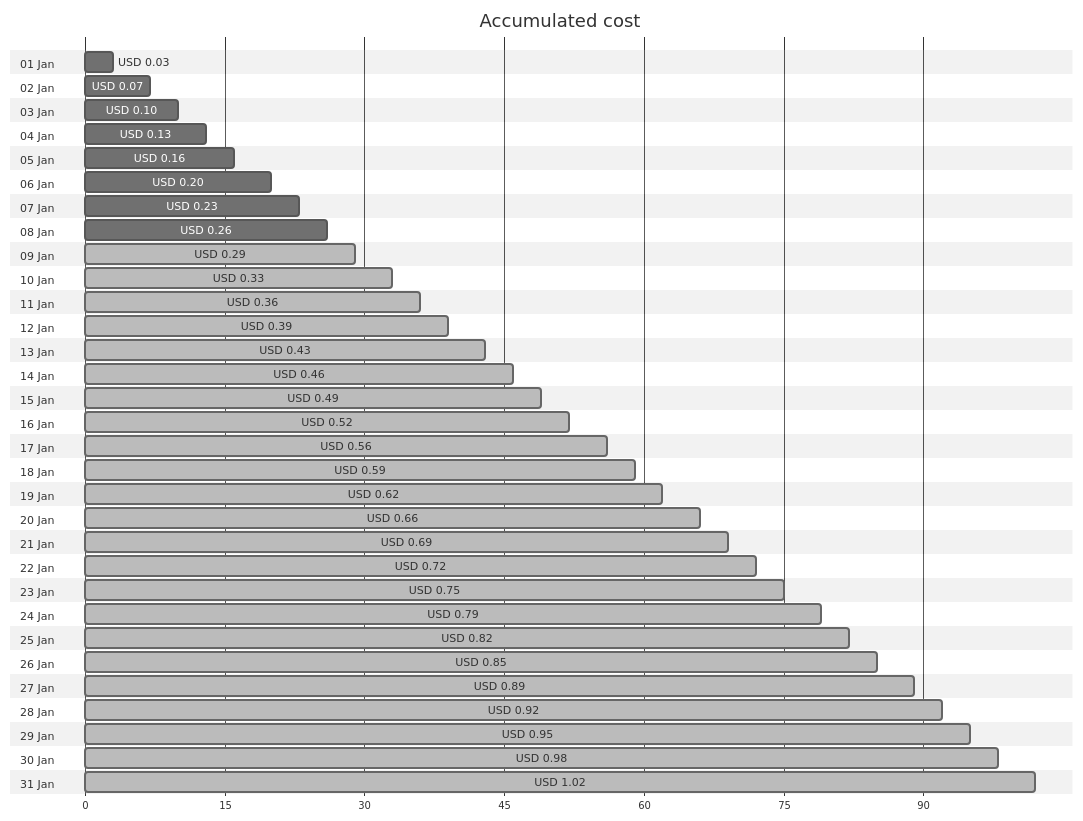
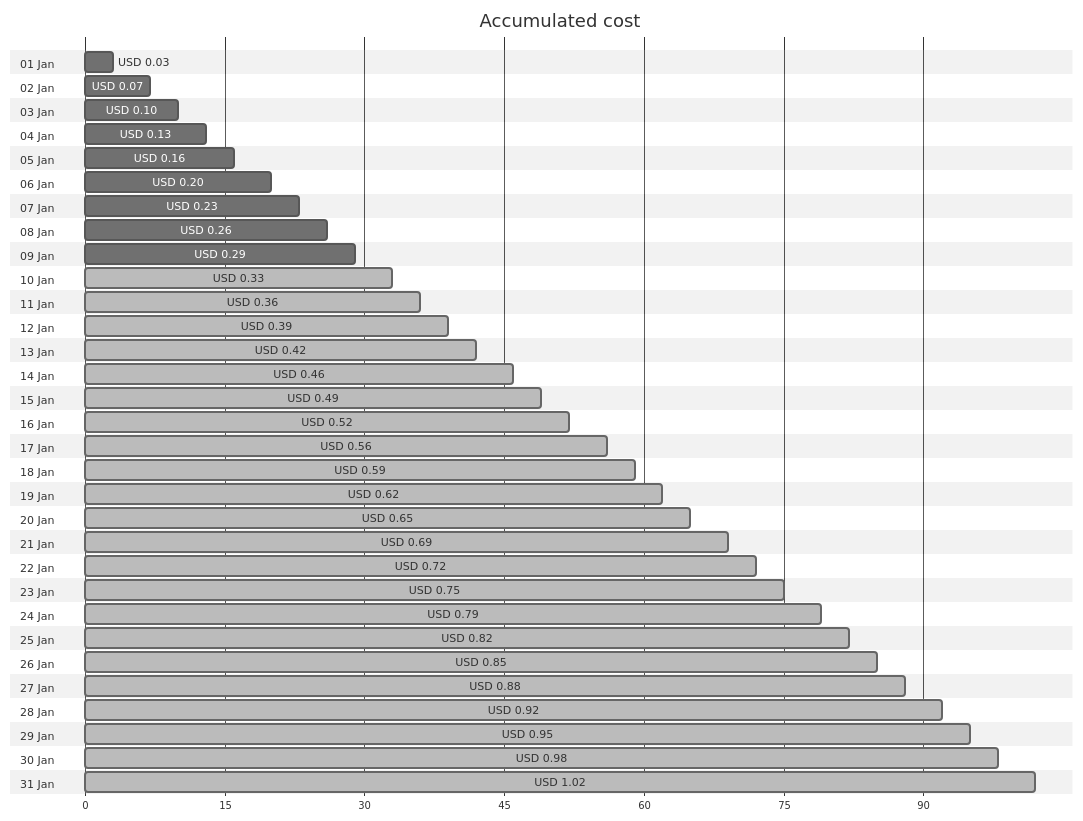
One commit to jpfulton/azure-personal-reports changed the first of 4 diagrams in cost-reports/personal-dns/README.md. Above: the diagram before and after it, drawn with Mermaid (neutral theme). The commit also changed other lines of this file and 2 other files, not shown here.

````diff
--- a/cost-reports/personal-dns/README.md
+++ b/cost-reports/personal-dns/README.md
@@ -20,68 +20,68 @@
 ```mermaid
 gantt
    title Accumulated cost
    dateFormat  X
    axisFormat %s
    section 01 Jan
    USD 0.03 :0, 3
    section 02 Jan
    USD 0.07 :0, 7
    section 03 Jan
    USD 0.10 :0, 10
    section 04 Jan
    USD 0.13 :0, 13
    section 05 Jan
    USD 0.16 :0, 16
    section 06 Jan
    USD 0.20 :0, 20
    section 07 Jan
    USD 0.23 :0, 23
    section 08 Jan
    USD 0.26 :0, 26
    section 09 Jan
-   USD 0.29 : done, 0, 29
+   USD 0.29 :0, 29
    section 10 Jan
    USD 0.33 : done, 0, 33
    section 11 Jan
    USD 0.36 : done, 0, 36
    section 12 Jan
    USD 0.39 : done, 0, 39
    section 13 Jan
-   USD 0.43 : done, 0, 43
+   USD 0.42 : done, 0, 42
    section 14 Jan
    USD 0.46 : done, 0, 46
    section 15 Jan
    USD 0.49 : done, 0, 49
    section 16 Jan
    USD 0.52 : done, 0, 52
    section 17 Jan
    USD 0.56 : done, 0, 56
    section 18 Jan
    USD 0.59 : done, 0, 59
    section 19 Jan
    USD 0.62 : done, 0, 62
    section 20 Jan
-   USD 0.66 : done, 0, 66
+   USD 0.65 : done, 0, 65
    section 21 Jan
    USD 0.69 : done, 0, 69
    section 22 Jan
    USD 0.72 : done, 0, 72
    section 23 Jan
    USD 0.75 : done, 0, 75
    section 24 Jan
    USD 0.79 : done, 0, 79
    section 25 Jan
    USD 0.82 : done, 0, 82
    section 26 Jan
    USD 0.85 : done, 0, 85
    section 27 Jan
-   USD 0.89 : done, 0, 89
+   USD 0.88 : done, 0, 88
    section 28 Jan
    USD 0.92 : done, 0, 92
    section 29 Jan
    USD 0.95 : done, 0, 95
    section 30 Jan
    USD 0.98 : done, 0, 98
    section 31 Jan
    USD 1.02 : done, 0, 102
 ```
````
